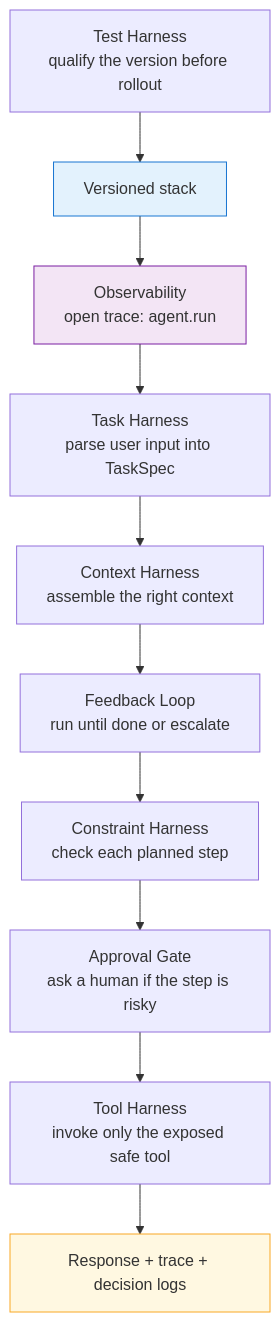
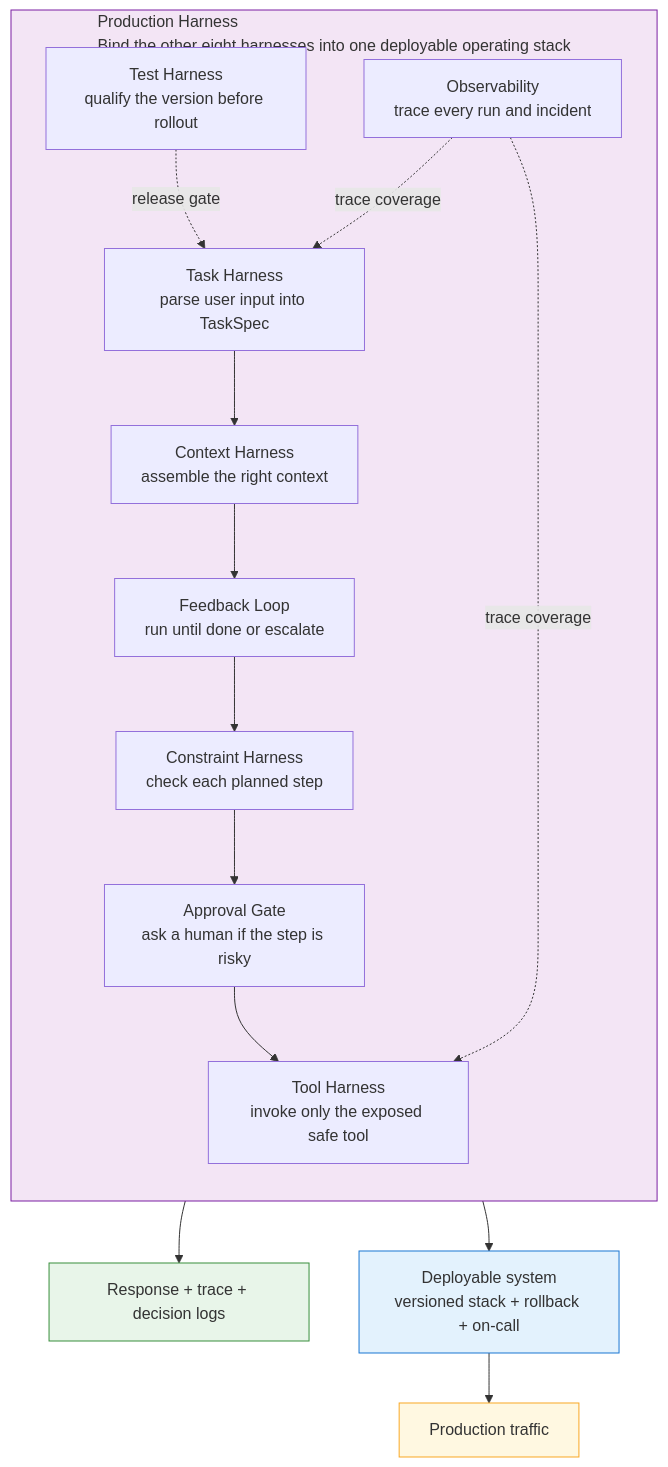
The diagram in assets/harness-engineering-101/10/10-02-how-the-nine-harnesses-fit-together.en.mmd (yeongseon-books/book-content), drawn with Mermaid before and after one commit. The commit also changed 52 other files, not shown here.

```diff
--- a/assets/harness-engineering-101/10/10-02-how-the-nine-harnesses-fit-together.en.mmd
+++ b/assets/harness-engineering-101/10/10-02-how-the-nine-harnesses-fit-together.en.mmd
@@ -1,14 +1,23 @@
 flowchart TB
-    Test["Test Harness\nqualify the version before rollout"] --> Version["Versioned stack"]
-    Version --> Obs["Observability\nopen trace: agent.run"]
-    Obs --> Task["Task Harness\nparse user input into TaskSpec"]
-    Task --> Context["Context Harness\nassemble the right context"]
-    Context --> Feedback["Feedback Loop\nrun until done or escalate"]
-    Feedback --> Constraint["Constraint Harness\ncheck each planned step"]
-    Constraint --> Approval["Approval Gate\nask a human if the step is risky"]
-    Approval --> Tools["Tool Harness\ninvoke only the exposed safe tool"]
+    subgraph Production["Production Harness\nBind the other eight harnesses into one deployable operating stack"]
+        direction TB
+        Test["Test Harness\nqualify the version before rollout"]
+        Obs["Observability\ntrace every run and incident"]
+        Task["Task Harness\nparse user input into TaskSpec"] --> Context["Context Harness\nassemble the right context"]
+        Context --> Feedback["Feedback Loop\nrun until done or escalate"]
+        Feedback --> Constraint["Constraint Harness\ncheck each planned step"]
+        Constraint --> Approval["Approval Gate\nask a human if the step is risky"]
+        Approval --> Tools["Tool Harness\ninvoke only the exposed safe tool"]
+        Test -.release gate.-> Task
+        Obs -.trace coverage.-> Task
+        Obs -.trace coverage.-> Tools
+    end
+
     Tools --> Result["Response + trace + decision logs"]
+    Production --> Deployable["Deployable system\nversioned stack + rollback + on-call"]
+    Deployable --> Traffic["Production traffic"]
 
-    style Version fill:#e3f2fd,stroke:#1976d2
-    style Obs fill:#f3e5f5,stroke:#7b1fa2
-    style Result fill:#fff8e1,stroke:#f9a825
+    style Production fill:#f3e5f5,stroke:#7b1fa2
+    style Deployable fill:#e3f2fd,stroke:#1976d2
+    style Result fill:#e8f5e9,stroke:#388e3c
+    style Traffic fill:#fff8e1,stroke:#f9a825
```
